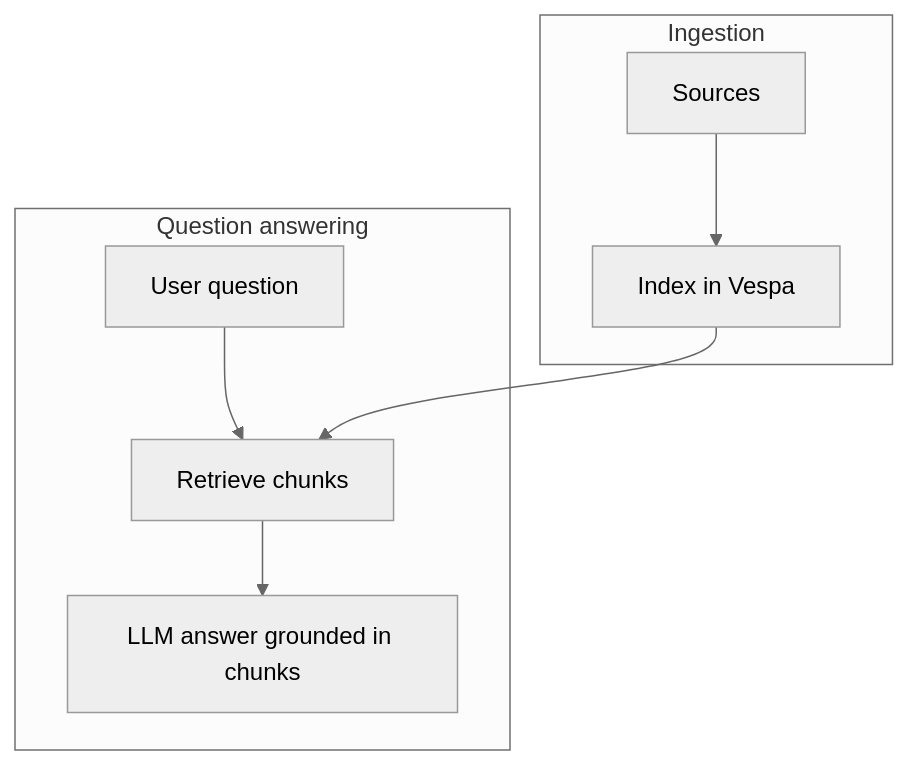
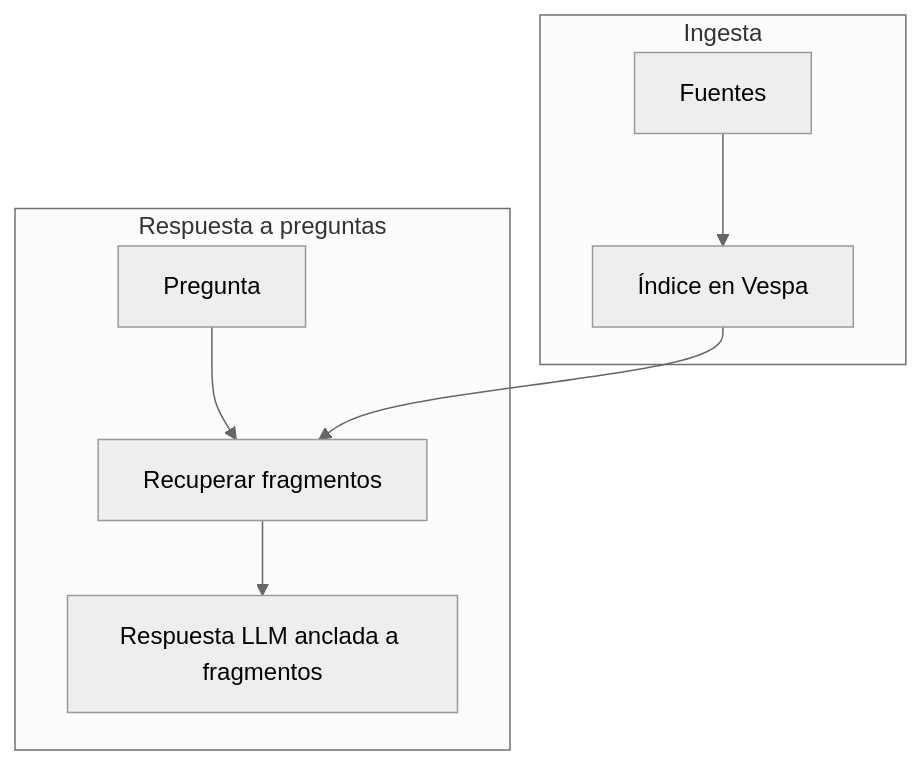
One commit to 13g4d0/docu-es changed the diagram in docs/user-guide/identiarag-for-analysts.md. Above: the diagram before and after it, drawn with Mermaid (neutral theme). The commit also changed other lines of this file and 38 other files, not shown here.

````diff
--- a/docs/user-guide/identiarag-for-analysts.md
+++ b/docs/user-guide/identiarag-for-analysts.md
@@ -11,13 +11,13 @@
 ```mermaid
 flowchart TB
-  subgraph ingest [Ingestion]
-    SRC[Sources] --> IDX[Index in Vespa]
+  subgraph ingest [Ingesta]
+    SRC[Fuentes] --> IDX[Índice en Vespa]
   end
 
-  subgraph ask [Question answering]
-    Q[User question] --> R[Retrieve chunks]
-    R --> A[LLM answer grounded in chunks]
+  subgraph ask [Respuesta a preguntas]
+    Q[Pregunta] --> R[Recuperar fragmentos]
+    R --> A[Respuesta LLM anclada a fragmentos]
   end
 
   IDX --> R
 ```
````
